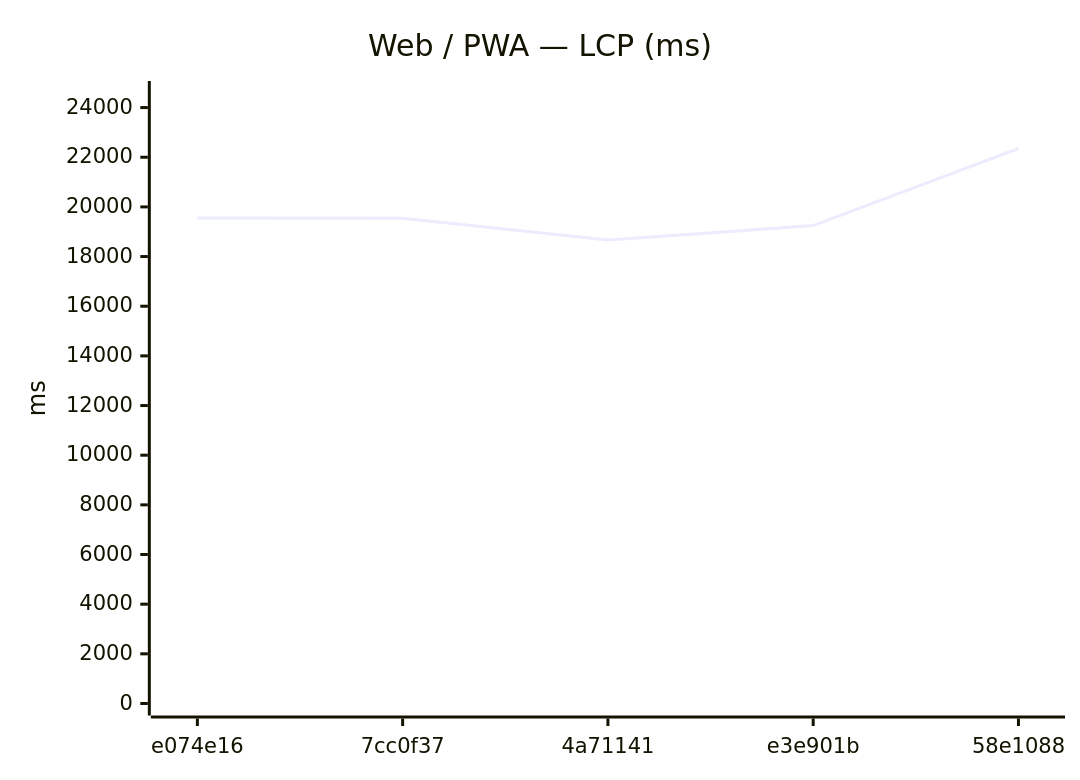
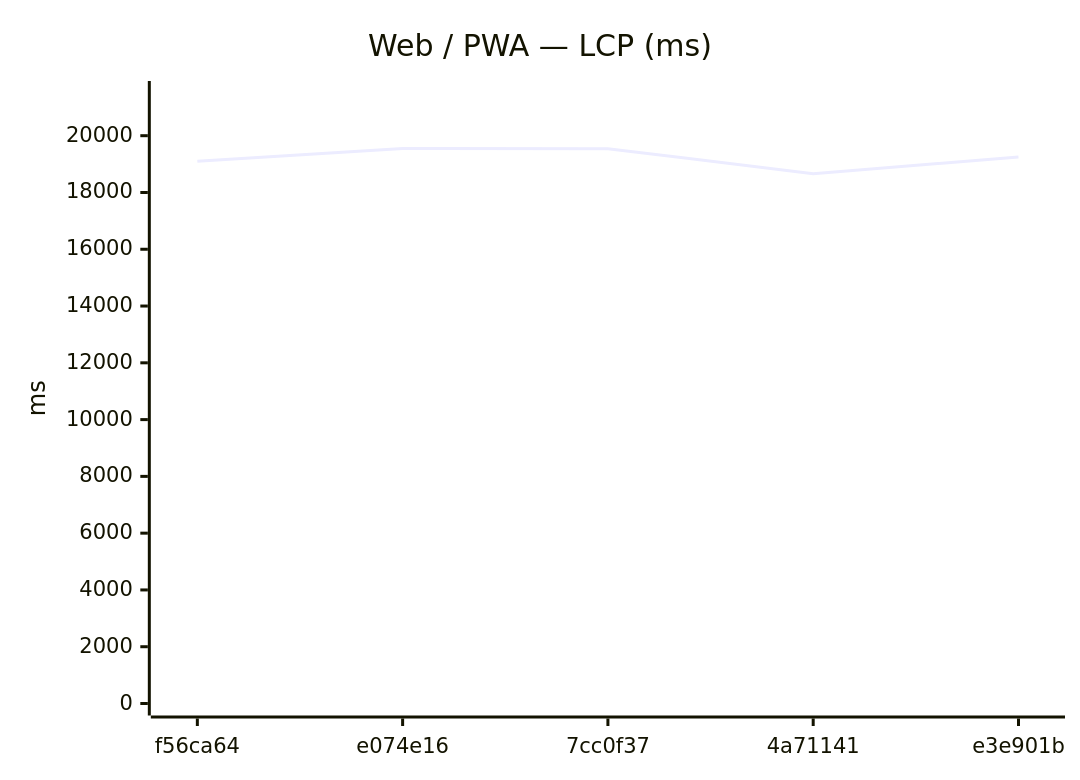
Before and after one commit to Metaheurist/Rianell: the seventh of 18 diagrams in benchmarks/compare.md, drawn with Mermaid. The commit also changed other lines of this file and 11 other files, not shown here.

````diff
--- a/benchmarks/compare.md
+++ b/benchmarks/compare.md
@@ -117,7 +117,7 @@
 ```mermaid
 xychart-beta
     title "Web / PWA — LCP (ms)"
-    x-axis ["e074e16", "7cc0f37", "4a71141", "e3e901b", "58e1088"]
-    y-axis "ms" 0 --> 24587
-    line [19549, 19542, 18663, 19248, 22351]
+    x-axis ["f56ca64", "e074e16", "7cc0f37", "4a71141", "e3e901b"]
+    y-axis "ms" 0 --> 21504
+    line [19101, 19549, 19542, 18663, 19248]
 ```
````
